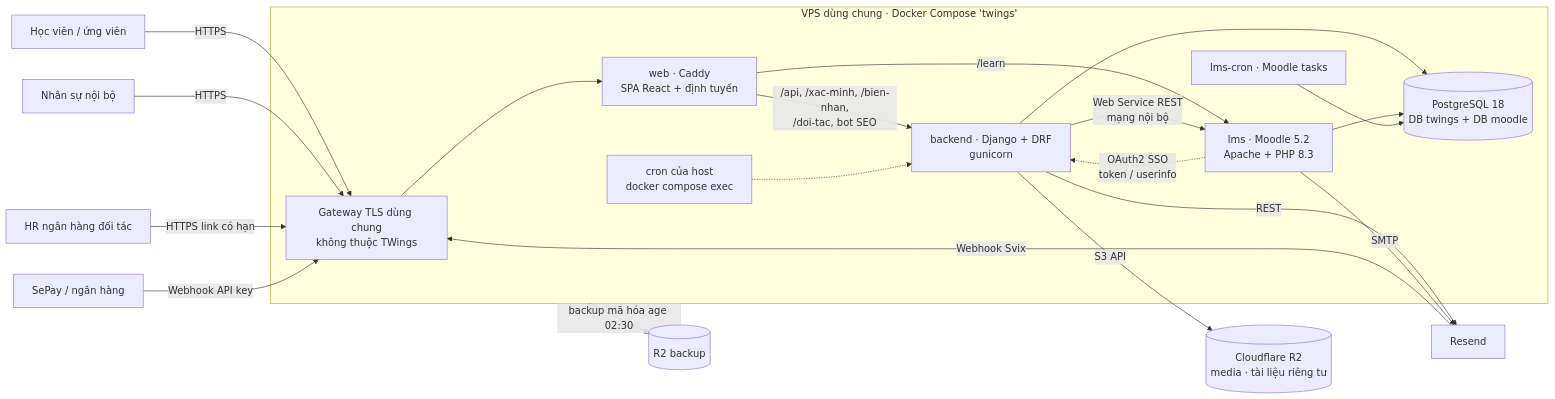
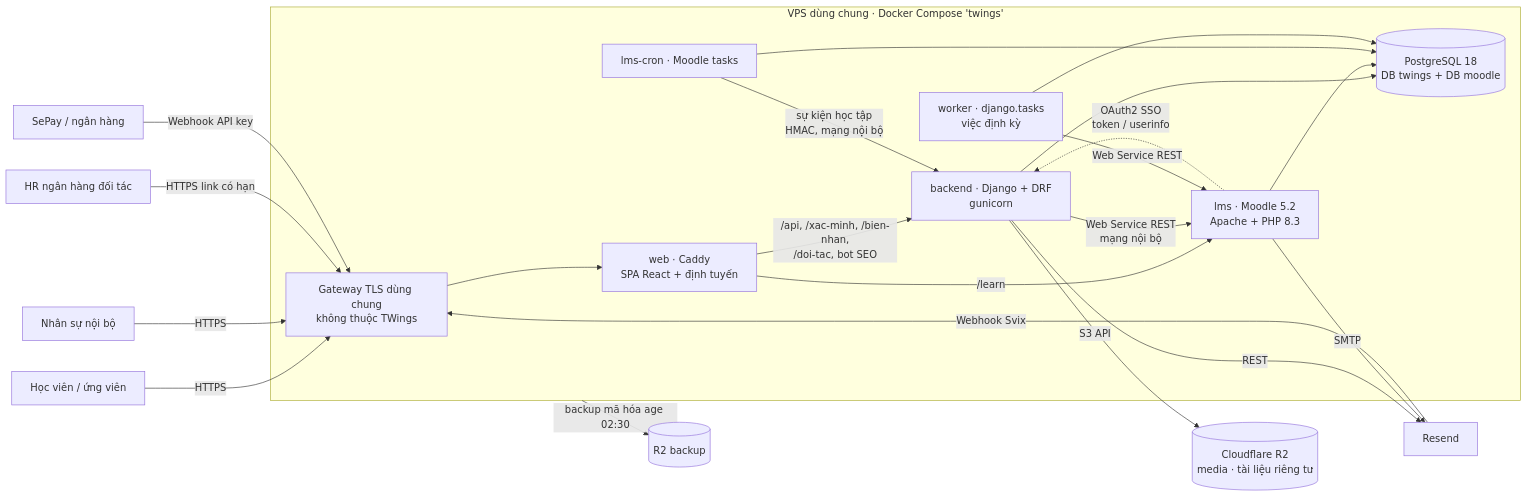
The first of 3 diagrams in docs/ARCHITECTURE.md (peopleflowvn/TWings-Academy), drawn with Mermaid before and after one commit. The commit also changed other lines of this file and 2 other files, not shown here.

First line of the commit message:
docs+ops: audit of phases 0-3 (docs match production; lms-check probes lms-cron -> backend events)

````diff
--- a/docs/ARCHITECTURE.md
+++ b/docs/ARCHITECTURE.md
@@ -32,23 +32,25 @@
 ```mermaid
 flowchart LR
     U[Học viên / ứng viên] -->|HTTPS| GW
     S[Nhân sự nội bộ] -->|HTTPS| GW
     HR[HR ngân hàng đối tác] -->|HTTPS link có hạn| GW
     BANK[SePay / ngân hàng] -->|Webhook API key| GW
     RS[Resend] -->|Webhook Svix| GW
     subgraph VPS[VPS dùng chung · Docker Compose 'twings']
         GW[Gateway TLS dùng chung<br/>không thuộc TWings] --> WEB
         WEB[web · Caddy<br/>SPA React + định tuyến] -->|/api, /xac-minh, /bien-nhan,<br/>/doi-tac, bot SEO| API
         WEB -->|/learn| LMS[lms · Moodle 5.2<br/>Apache + PHP 8.3]
         API[backend · Django + DRF<br/>gunicorn] --> DB[(PostgreSQL 18<br/>DB twings + DB moodle)]
         LMS --> DB
         CRON[lms-cron · Moodle tasks] --> DB
         API -->|Web Service REST<br/>mạng nội bộ| LMS
         LMS -.->|OAuth2 SSO<br/>token / userinfo| API
-        HOSTCRON[cron của host<br/>docker compose exec] -.-> API
+        CRON -->|sự kiện học tập<br/>HMAC, mạng nội bộ| API
+        WK[worker · django.tasks<br/>việc định kỳ] --> DB
+        WK -->|Web Service REST| LMS
     end
     API -->|S3 API| R2[(Cloudflare R2<br/>media · tài liệu riêng tư)]
     API -->|REST| RS
     LMS -->|SMTP| RS
     VPS -->|backup mã hóa age 02:30| BK[(R2 backup)]
 ```
````
